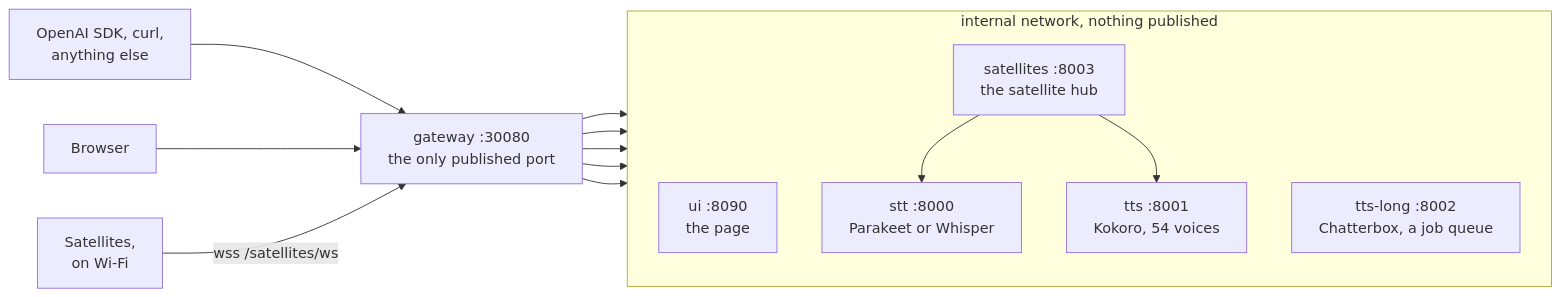
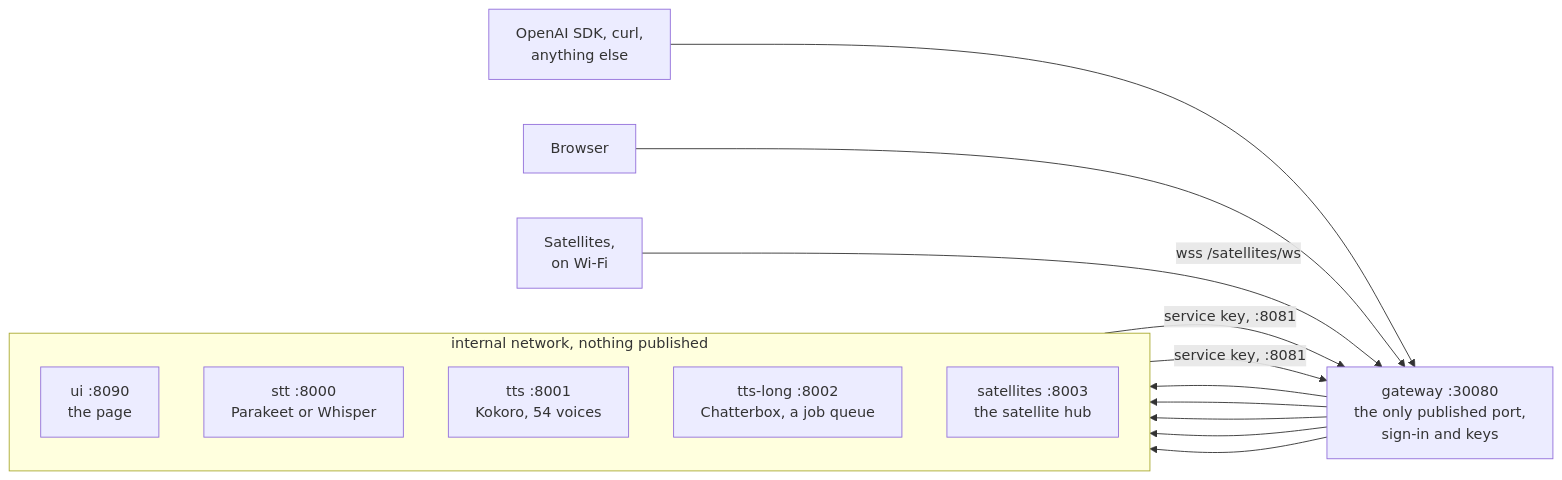
Before and after one commit to gabrielbelli/calliope: the first of 2 diagrams in README.md, drawn with Mermaid. The commit also changed other lines of this file and 12 other files, not shown here.

````diff
--- a/README.md
+++ b/README.md
@@ -161,22 +171,22 @@
 ```mermaid
 flowchart LR
   C["OpenAI SDK, curl,<br/>anything else"] --> G
   B["Browser"] --> G
-  G["gateway :30080<br/>the only published port"]
+  G["gateway :30080<br/>the only published port,<br/>sign-in and keys"]
   subgraph closed ["internal network, nothing published"]
     direction TB
     U["ui :8090<br/>the page"]
     S["stt :8000<br/>Parakeet or Whisper"]
     T["tts :8001<br/>Kokoro, 54 voices"]
     L["tts-long :8002<br/>Chatterbox, a job queue"]
     H["satellites :8003<br/>the satellite hub"]
   end
   D["Satellites,<br/>on Wi-Fi"] -->|"wss /satellites/ws"| G
   G --> U
   G --> S
   G --> T
   G --> L
   G --> H
-  H --> S
-  H --> T
+  H -->|"service key, :8081"| G
+  U -->|"service key, :8081"| G
 ```
````
